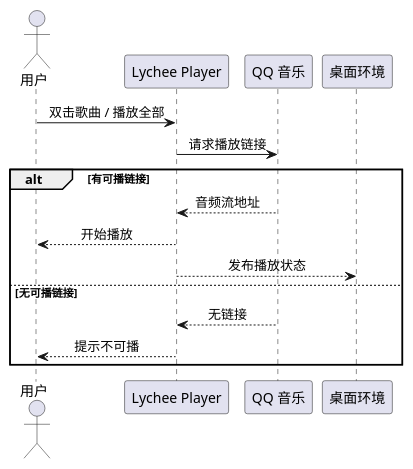
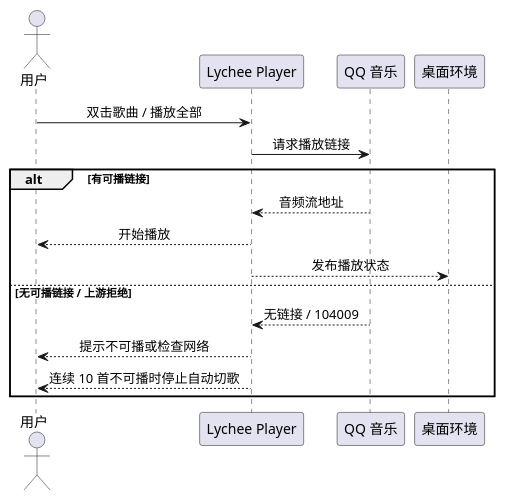
The diagram in diagram/seq-play.puml (54m43lJ/LycheePlayer), drawn with PlantUML before and after one commit. The commit also changed 8 other files, not shown here.

```diff
--- a/diagram/seq-play.puml
+++ b/diagram/seq-play.puml
@@ -1,20 +1,21 @@
 @startuml seq-play
 skinparam shadowing false
 skinparam defaultTextAlignment center
 
 actor 用户 as U
 participant "Lychee Player" as APP
 participant "QQ 音乐" as QQ
 participant "桌面环境" as DESKTOP
 
 U -> APP : 双击歌曲 / 播放全部
 APP -> QQ : 请求播放链接
 alt 有可播链接
   QQ --> APP : 音频流地址
   APP --> U : 开始播放
   APP --> DESKTOP : 发布播放状态
-else 无可播链接
-  QQ --> APP : 无链接
-  APP --> U : 提示不可播
+else 无可播链接 / 上游拒绝
+  QQ --> APP : 无链接 / 104009
+  APP --> U : 提示不可播或检查网络
+  APP --> U : 连续 10 首不可播时停止自动切歌
 end
 @enduml
```
